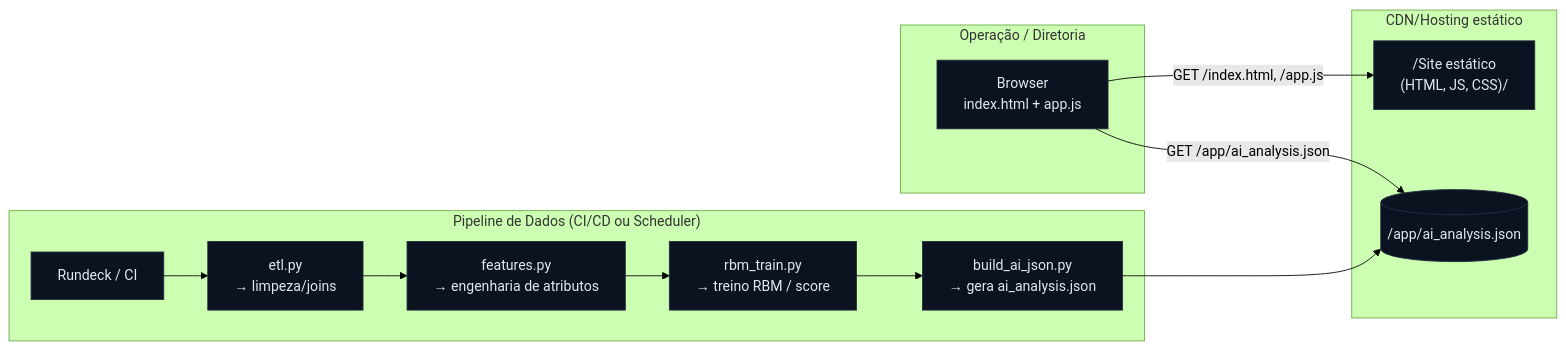
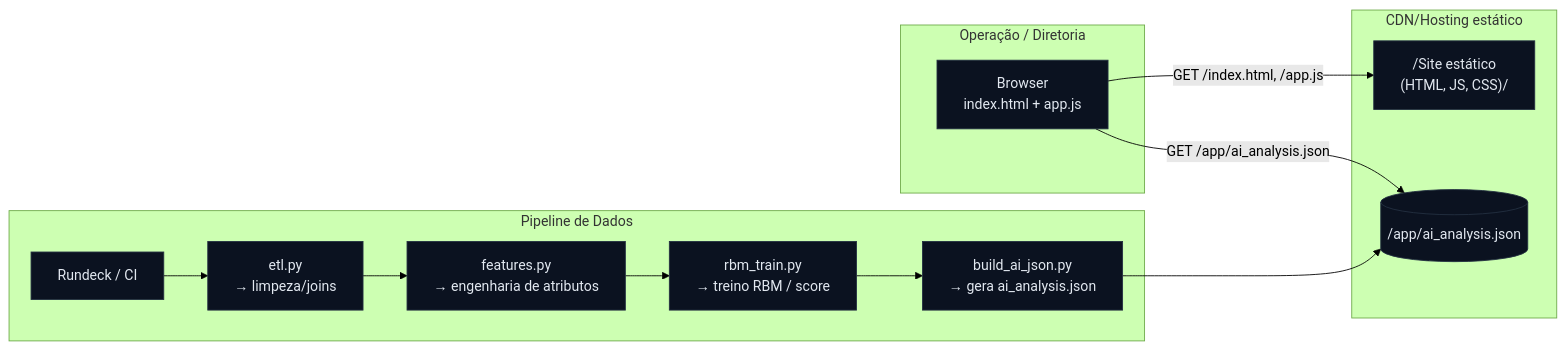
One commit to mbenedicto99/N8N_POC changed the diagram in README.md. Above: the diagram before and after it, drawn with Mermaid (forest theme). The commit also changed other lines of this file, not shown here.

Commit message:
RUNDECK_AI 20250917

````diff
--- a/README.md
+++ b/README.md
@@ -10,27 +10,27 @@
 ```mermaid
 flowchart LR
   subgraph User["Operação / Diretoria"]
     B[Browser<br/>index.html + app.js]
   end
 
   subgraph Hosting["CDN/Hosting estático"]
     H["/Site estático<br/>(HTML, JS, CSS)/"]
     J[(/app/ai_analysis.json)]
   end
 
-  subgraph Pipeline["Pipeline de Dados (CI/CD ou Scheduler)"]
+  subgraph Pipeline["Pipeline de Dados"]
     R[Rundeck / CI]
     E[etl.py<br/>→ limpeza/joins]
     F[features.py<br/>→ engenharia de atributos]
     M[rbm_train.py<br/>→ treino RBM / score]
     G[build_ai_json.py<br/>→ gera ai_analysis.json]
   end
 
   B -- GET /index.html, /app.js --> H
   B -- GET /app/ai_analysis.json --> J
 
   R --> E --> F --> M --> G --> J
 
   classDef box fill:#0b1220,stroke:#243041,color:#e2e8f0,stroke-width:1px;
   class B,H,J,R,E,F,M,G box;
 ```
````
